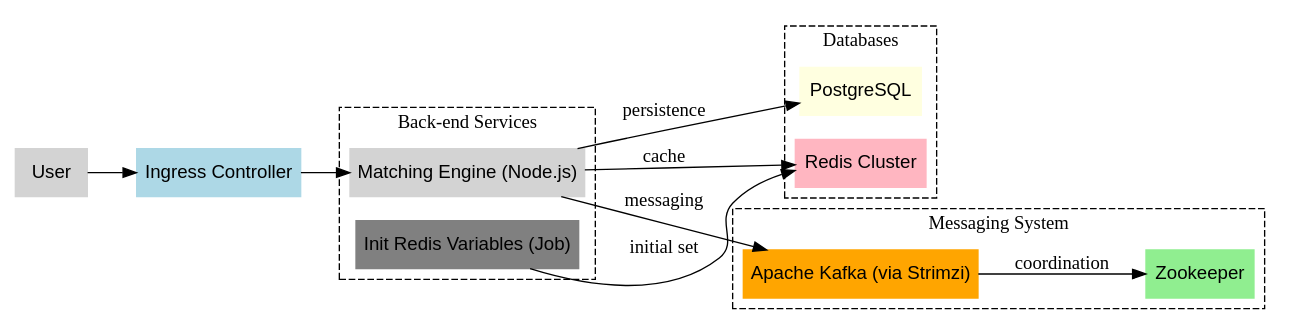
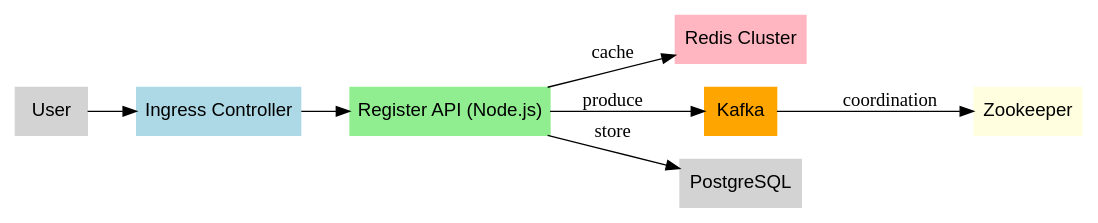
One commit to darksunstealth/coinza-core-infrastructure changed the diagram in README.md. Above: the diagram before and after it, drawn with Graphviz. The commit also changed other lines of this file, not shown here.

````diff
--- a/README.md
+++ b/README.md
@@ -163,46 +129,21 @@
 ```dot
-digraph CoinzaScalling {
+digraph CoinzaMicroservices {
   rankdir=LR;
-  node [shape=box, style=filled, color=lightgray, fontname="Arial"];
+  node [shape=box, style=filled, fontname="Arial", color=lightgray];
 
   User [label="User"];
   Ingress [label="Ingress Controller", color=lightblue];
-  MatchingEngine [label="Matching Engine (Node.js)"];
-  RedisCluster [label="Redis Cluster", color=lightpink];
-  Postgres [label="PostgreSQL", color=lightyellow];
-  Kafka [label="Apache Kafka (via Strimzi)", color=orange];
-  Zookeeper [label="Zookeeper", color=lightgreen];
-  InitRedis [label="Init Redis Variables (Job)", color=gray];
+  RegisterService [label="Register API (Node.js)", color=lightgreen];
+  Redis [label="Redis Cluster", color=lightpink];
+  Kafka [label="Kafka", color=orange];
+  Zookeeper [label="Zookeeper", color=lightyellow];
+  Postgres [label="PostgreSQL", color=lightgray];
 
   User -> Ingress;
-  Ingress -> MatchingEngine;
-
-  MatchingEngine -> RedisCluster [label="cache"];
-  MatchingEngine -> Postgres [label="persistence"];
-  MatchingEngine -> Kafka [label="messaging"];
-
+  Ingress -> RegisterService;
+  RegisterService -> Redis [label="cache"];
+  RegisterService -> Kafka [label="produce"];
   Kafka -> Zookeeper [label="coordination"];
-  InitRedis -> RedisCluster [label="initial set"];
-
-  subgraph cluster_backend {
-    label = "Back-end Services";
-    style=dashed;
-    MatchingEngine;
-    InitRedis;
-  }
-
-  subgraph cluster_kafka {
-    label = "Messaging System";
-    style=dashed;
-    Kafka;
-    Zookeeper;
-  }
-
-  subgraph cluster_db {
-    label = "Databases";
-    style=dashed;
-    RedisCluster;
-    Postgres;
-  }
+  RegisterService -> Postgres [label="store"];
 }
 ```
````
